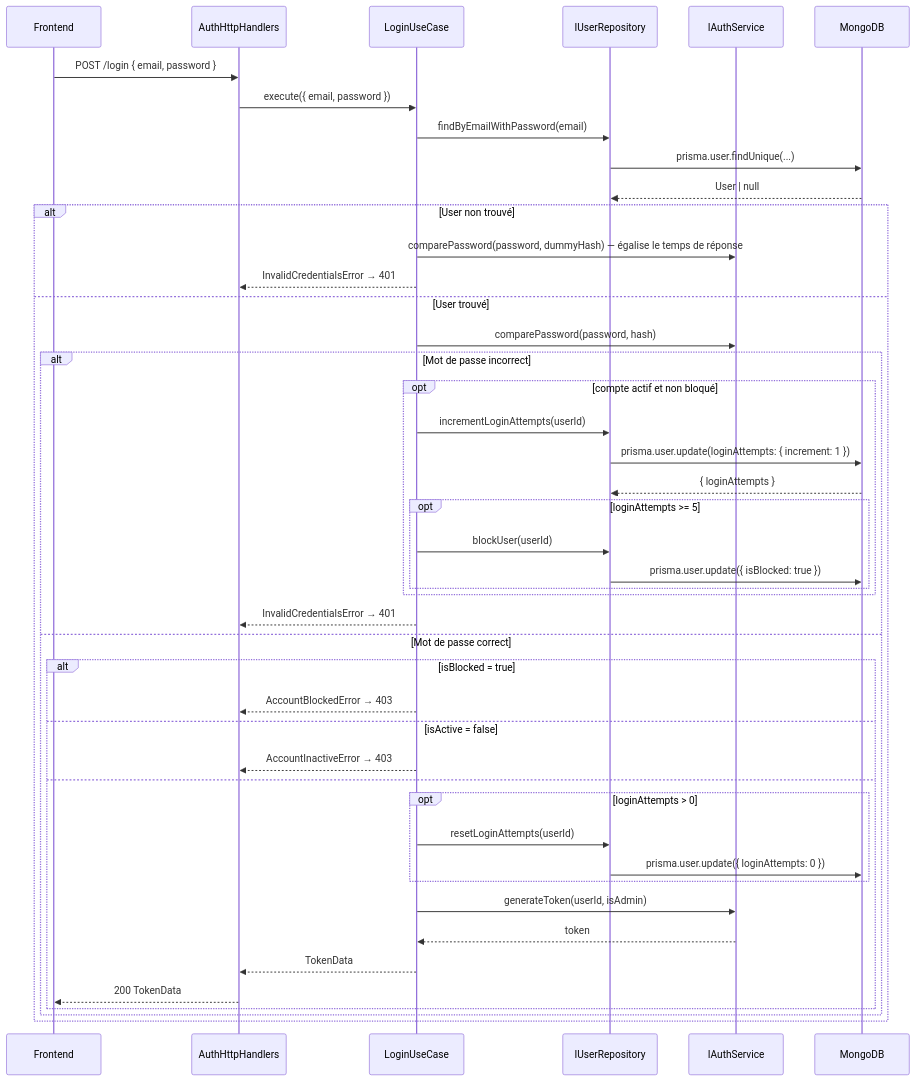
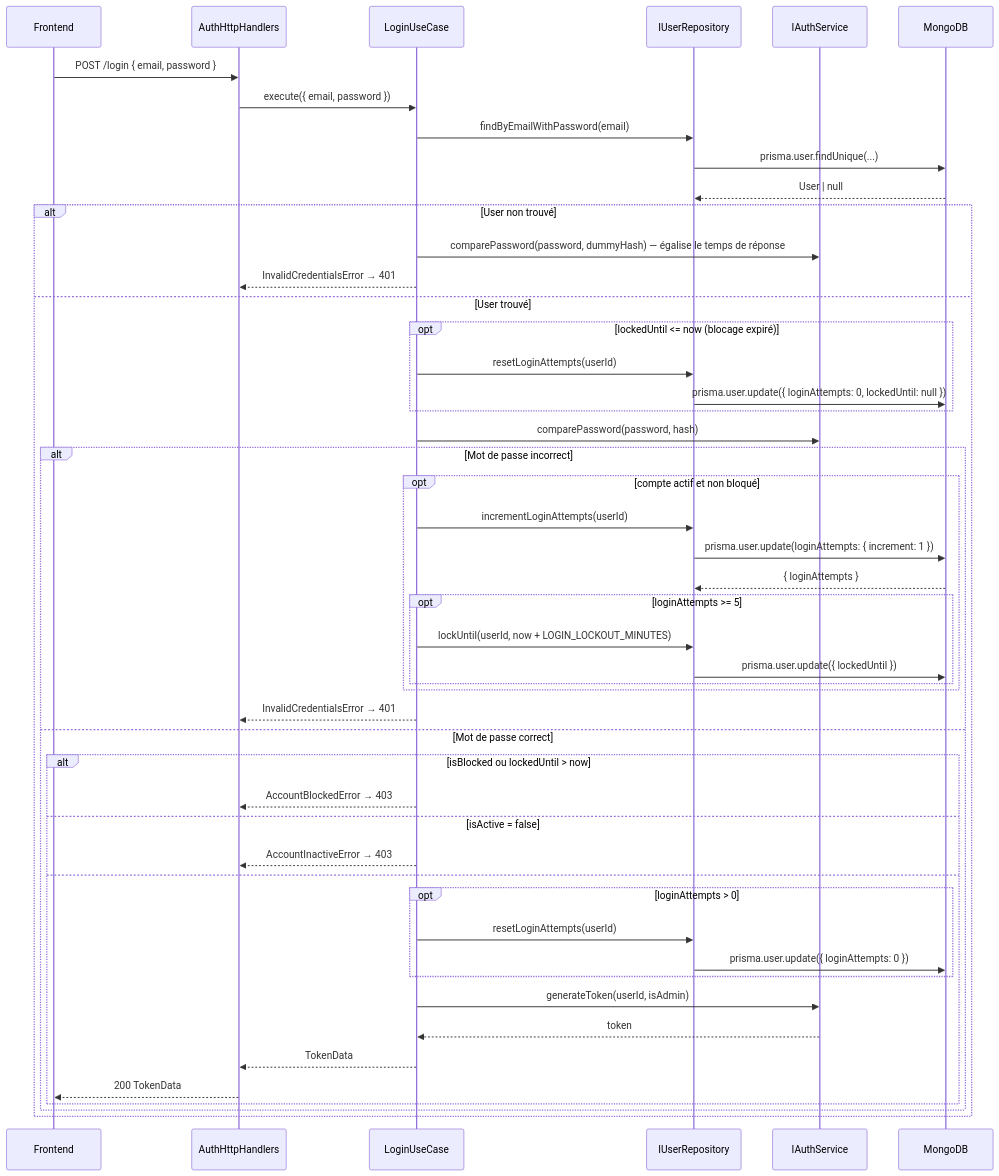
One commit to ptitdam2001/fullstack-application changed the second of 9 diagrams in specifications/10-inscription-et-authentification.md. Above: the diagram before and after it, drawn with Mermaid. The commit also changed other lines of this file, not shown here.

First line of the commit message:
docs(spec): make login lockout temporary

````diff
--- a/specifications/10-inscription-et-authentification.md
+++ b/specifications/10-inscription-et-authentification.md
@@ -255,48 +255,52 @@
 ```mermaid
 sequenceDiagram
     participant FE as Frontend
     participant API as AuthHttpHandlers
     participant UC as LoginUseCase
     participant UserRepo as IUserRepository
     participant AuthSvc as IAuthService
     participant DB as MongoDB
 
     FE->>API: POST /login { email, password }
     API->>UC: execute({ email, password })
     UC->>UserRepo: findByEmailWithPassword(email)
     UserRepo->>DB: prisma.user.findUnique(...)
     DB-->>UserRepo: User | null
     alt User non trouvé
         UC->>AuthSvc: comparePassword(password, dummyHash) — égalise le temps de réponse
         UC-->>API: InvalidCredentialsError → 401
     else User trouvé
+        opt lockedUntil <= now (blocage expiré)
+            UC->>UserRepo: resetLoginAttempts(userId)
+            UserRepo->>DB: prisma.user.update({ loginAttempts: 0, lockedUntil: null })
+        end
         UC->>AuthSvc: comparePassword(password, hash)
         alt Mot de passe incorrect
             opt compte actif et non bloqué
                 UC->>UserRepo: incrementLoginAttempts(userId)
                 UserRepo->>DB: prisma.user.update(loginAttempts: { increment: 1 })
                 DB-->>UserRepo: { loginAttempts }
                 opt loginAttempts >= 5
-                    UC->>UserRepo: blockUser(userId)
-                    UserRepo->>DB: prisma.user.update({ isBlocked: true })
+                    UC->>UserRepo: lockUntil(userId, now + LOGIN_LOCKOUT_MINUTES)
+                    UserRepo->>DB: prisma.user.update({ lockedUntil })
                 end
             end
             UC-->>API: InvalidCredentialsError → 401
         else Mot de passe correct
-            alt isBlocked = true
+            alt isBlocked ou lockedUntil > now
                 UC-->>API: AccountBlockedError → 403
             else isActive = false
                 UC-->>API: AccountInactiveError → 403
             else
                 opt loginAttempts > 0
                     UC->>UserRepo: resetLoginAttempts(userId)
                     UserRepo->>DB: prisma.user.update({ loginAttempts: 0 })
                 end
                 UC->>AuthSvc: generateToken(userId, isAdmin)
                 AuthSvc-->>UC: token
                 UC-->>API: TokenData
                 API-->>FE: 200 TokenData
             end
         end
     end
 ```
````
